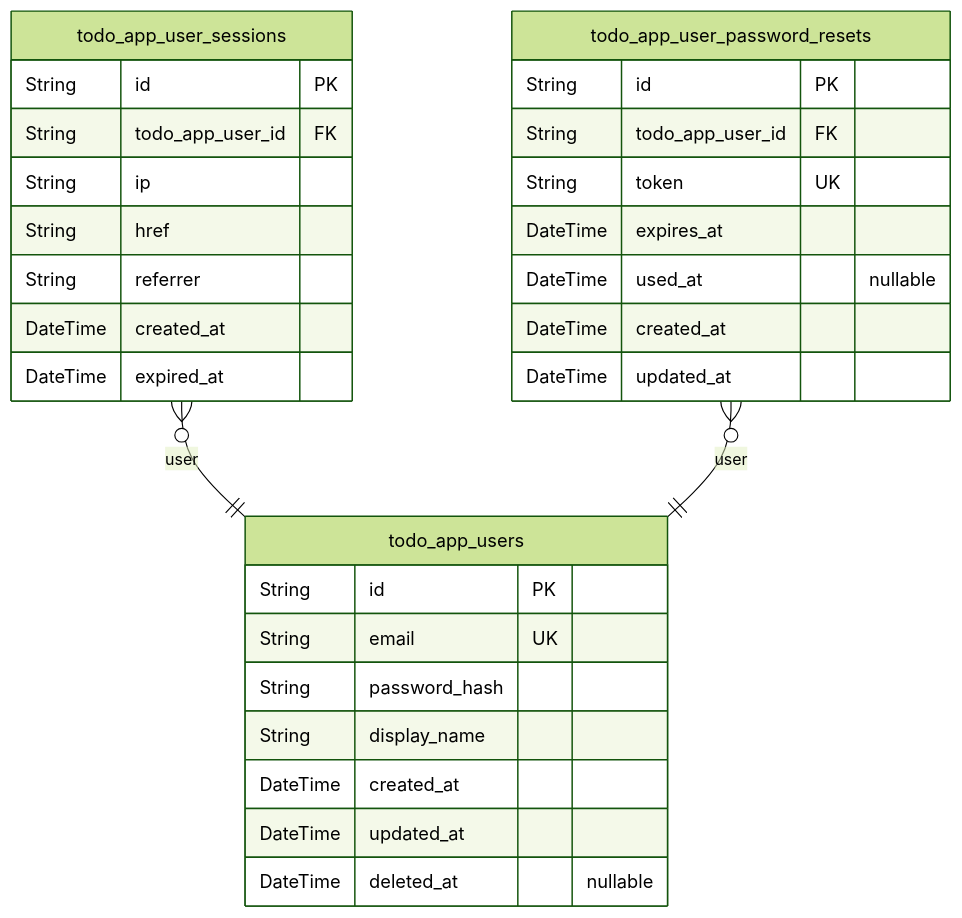
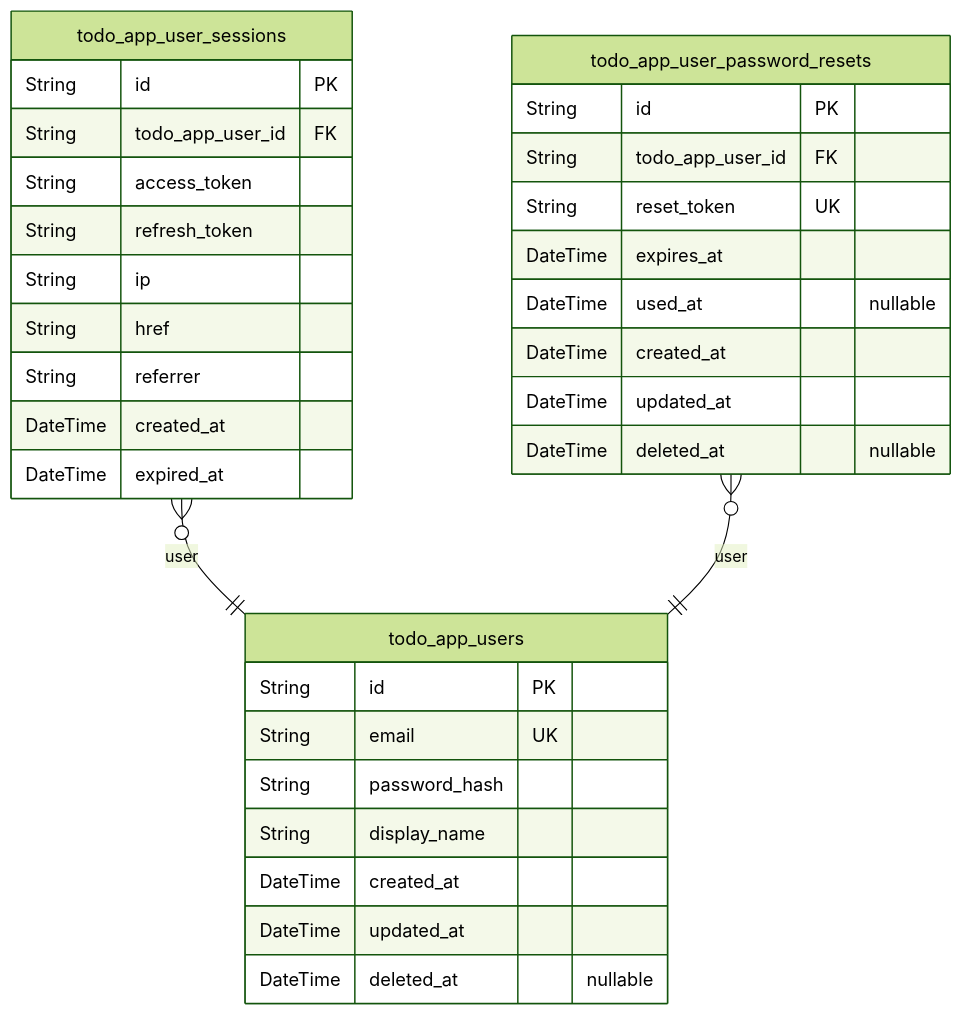
The first of 5 diagrams in deepseek/deepseek-v3.1-terminus-exacto/todo/docs/ERD.md (wrtnlabs/autobe-examples), drawn with Mermaid (forest theme) before and after one commit. The commit also changed other lines of this file and 11104 other files, not shown here.

````diff
--- a/deepseek/deepseek-v3.1-terminus-exacto/todo/docs/ERD.md
+++ b/deepseek/deepseek-v3.1-terminus-exacto/todo/docs/ERD.md
@@ -13,32 +13,35 @@
 ```mermaid
 erDiagram
 "todo_app_users" {
   String id PK
   String email UK
   String password_hash
   String display_name
   DateTime created_at
   DateTime updated_at
   DateTime deleted_at "nullable"
 }
 "todo_app_user_sessions" {
   String id PK
   String todo_app_user_id FK
+  String access_token
+  String refresh_token
   String ip
   String href
   String referrer
   DateTime created_at
   DateTime expired_at
 }
 "todo_app_user_password_resets" {
   String id PK
   String todo_app_user_id FK
-  String token UK
+  String reset_token UK
   DateTime expires_at
   DateTime used_at "nullable"
   DateTime created_at
   DateTime updated_at
+  DateTime deleted_at "nullable"
 }
 "todo_app_user_sessions" }o--|| "todo_app_users" : user
 "todo_app_user_password_resets" }o--|| "todo_app_users" : user
 ```
````
